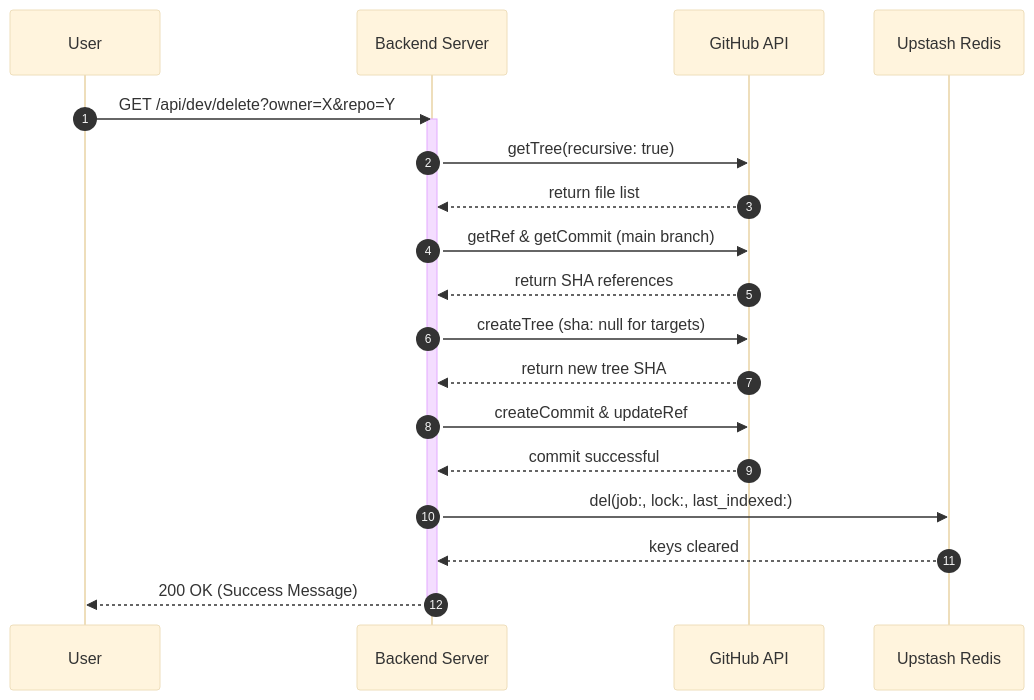
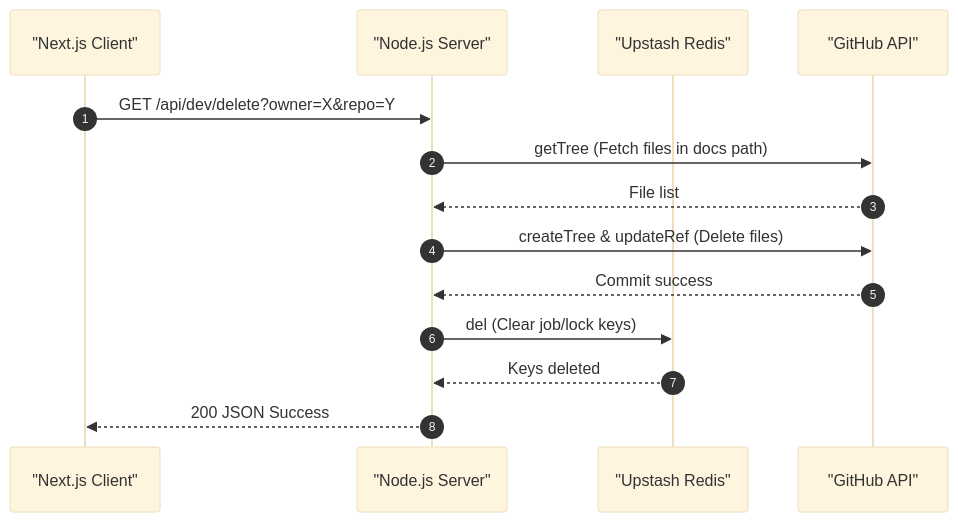
Before and after one commit to shinymacktest/gitdex-docs: the second of 2 diagrams in docs/shinymack/gitdex/2_system-architecture.mdx, drawn with Mermaid (base theme). The commit also changed other lines of this file and 15 other files, not shown here.

````diff
--- a/docs/shinymack/gitdex/2_system-architecture.mdx
+++ b/docs/shinymack/gitdex/2_system-architecture.mdx
@@ -60,23 +69,17 @@
 ```mermaid
 sequenceDiagram
     autonumber
-    participant U as User
-    participant S as Backend Server
-    participant GH as GitHub API
-    participant R as Upstash Redis
+    participant C as "Next.js Client"
+    participant S as "Node.js Server"
+    participant R as "Upstash Redis"
+    participant G as "GitHub API"
 
-    U ->> S: GET /api/dev/delete?owner=X&repo=Y
-    activate S
-    S ->> GH: getTree(recursive: true)
-    GH -->> S: return file list
-    S ->> GH: getRef & getCommit (main branch)
-    GH -->> S: return SHA references
-    S ->> GH: createTree (sha: null for targets)
-    GH -->> S: return new tree SHA
-    S ->> GH: createCommit & updateRef
-    GH -->> S: commit successful
-    S ->> R: del(job:, lock:, last_indexed:)
-    R -->> S: keys cleared
-    S -->> U: 200 OK (Success Message)
-    deactivate S
+    C ->> S: GET /api/dev/delete?owner=X&repo=Y
+    S ->> G: getTree (Fetch files in docs path)
+    G -->> S: File list
+    S ->> G: createTree & updateRef (Delete files)
+    G -->> S: Commit success
+    S ->> R: del (Clear job/lock keys)
+    R -->> S: Keys deleted
+    S -->> C: 200 JSON Success
 ```
````
